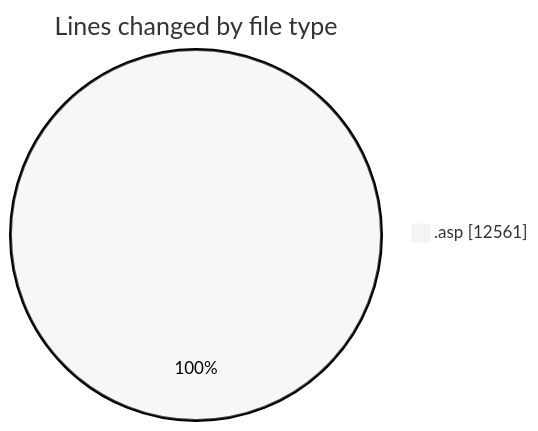
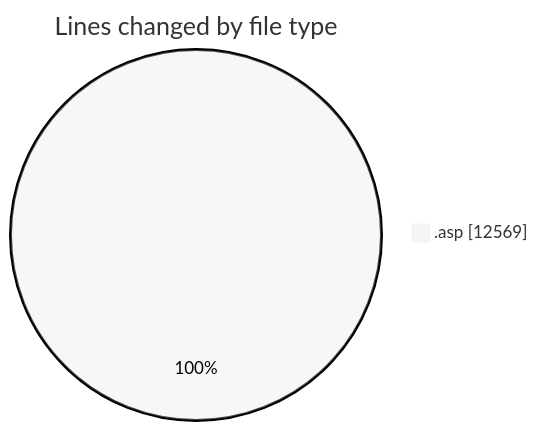
Before and after one commit to julien-gomy/code-tracking: the first of 2 diagrams in 2025-11-28/cdp_aleoudev_fr__workspace_/README.md, drawn with Mermaid (neutral theme). The commit also changed other lines of this file and 1 other file, not shown here.

````diff
--- a/2025-11-28/cdp_aleoudev_fr__workspace_/README.md
+++ b/2025-11-28/cdp_aleoudev_fr__workspace_/README.md
@@ -24,5 +24,5 @@
 ```mermaid
 pie showData
 title Lines changed by file type
-".asp" : 12561
+".asp" : 12569
 ```
````
